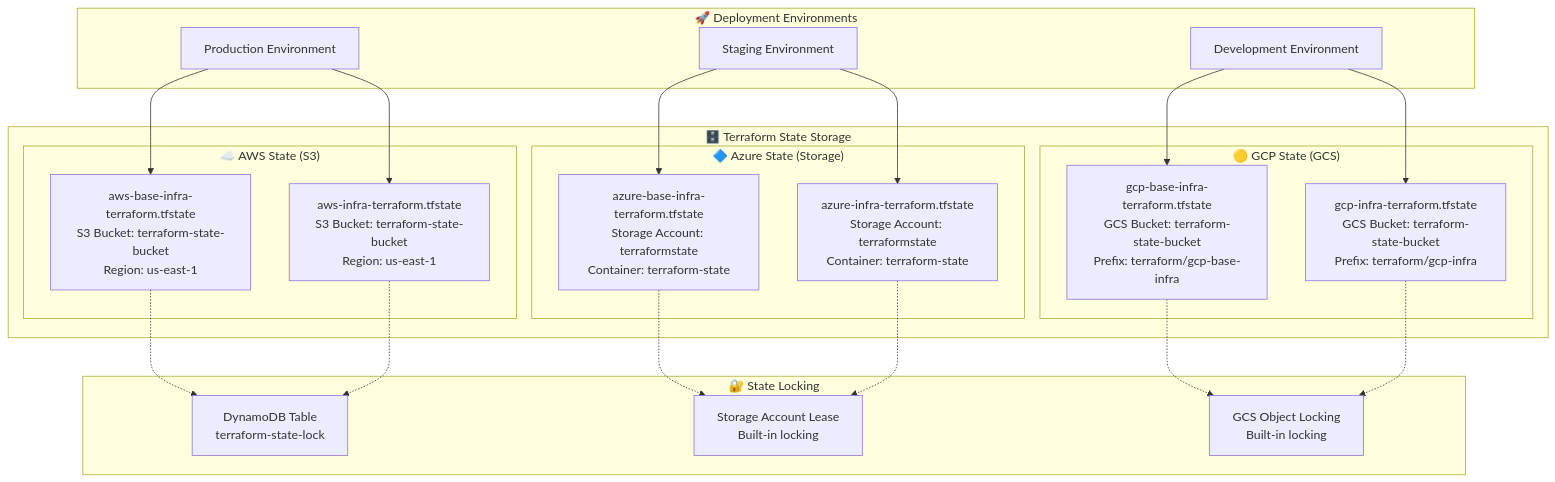
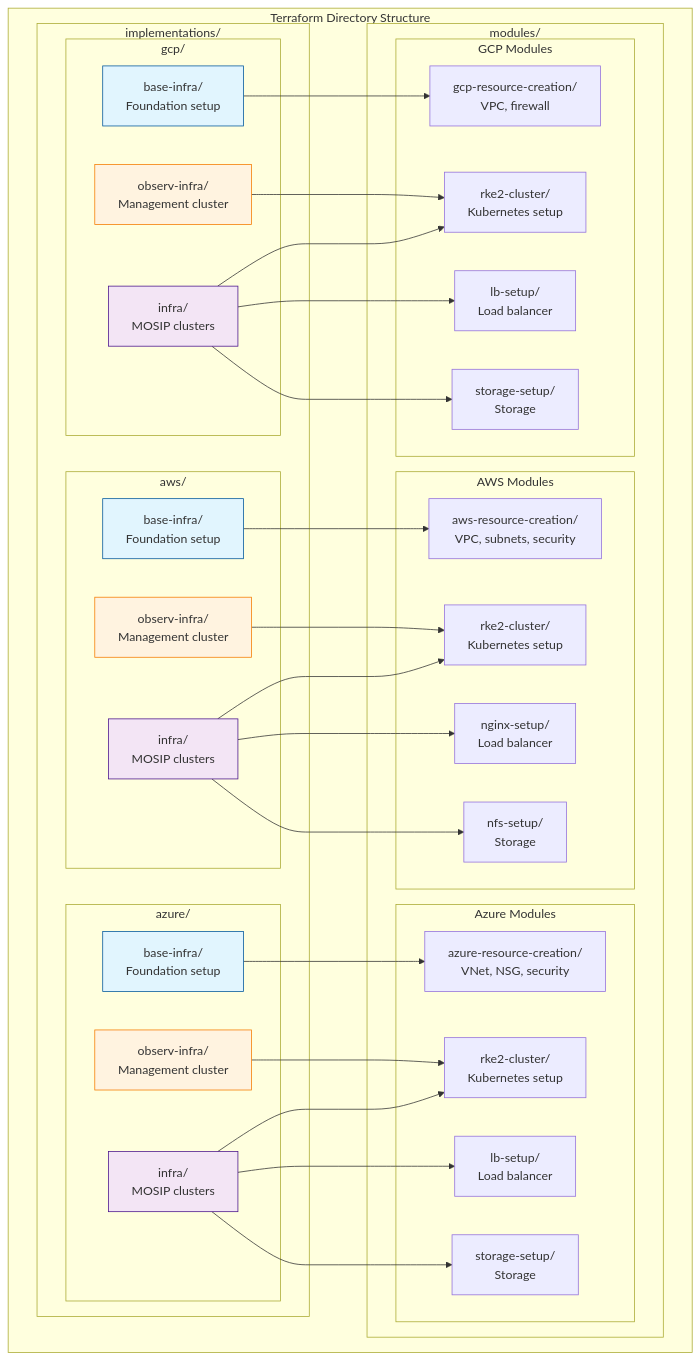
The third of 3 diagrams in docs/_images/ARCHITECTURE_DIAGRAMS.md (mosip/infra), drawn with Mermaid before and after one commit. The commit also changed other lines of this file and 9 other files, not shown here.

````diff
--- a/docs/_images/ARCHITECTURE_DIAGRAMS.md
+++ b/docs/_images/ARCHITECTURE_DIAGRAMS.md
@@ -137,45 +162,71 @@
 ```mermaid
 graph TB
-    subgraph "🗄️ Terraform State Storage"
-        subgraph "☁️ AWS State (S3)"
-            AWS_BASE_S3[aws-base-infra-terraform.tfstate<br/>S3 Bucket: terraform-state-bucket<br/>Region: us-east-1]
-            AWS_INFRA_S3[aws-infra-terraform.tfstate<br/>S3 Bucket: terraform-state-bucket<br/>Region: us-east-1]
+    subgraph "Terraform Directory Structure"
+        subgraph "implementations/"
+            subgraph "aws/"
+                AWS_BASE[base-infra/<br/>Foundation setup]
+                AWS_OBS[observ-infra/<br/>Management cluster]
+                AWS_INF[infra/<br/>MOSIP clusters]
+            end
+            subgraph "azure/"
+                AZ_BASE[base-infra/<br/>Foundation setup]
+                AZ_OBS[observ-infra/<br/>Management cluster]
+                AZ_INF[infra/<br/>MOSIP clusters]
+            end
+            subgraph "gcp/"
+                GCP_BASE[base-infra/<br/>Foundation setup]
+                GCP_OBS[observ-infra/<br/>Management cluster]
+                GCP_INF[infra/<br/>MOSIP clusters]
+            end
         end
         
-        subgraph "🔷 Azure State (Storage)"
-            AZ_BASE_BLOB[azure-base-infra-terraform.tfstate<br/>Storage Account: terraformstate<br/>Container: terraform-state]
-            AZ_INFRA_BLOB[azure-infra-terraform.tfstate<br/>Storage Account: terraformstate<br/>Container: terraform-state]
-        end
-        
-        subgraph "🟡 GCP State (GCS)"
-            GCP_BASE_GCS[gcp-base-infra-terraform.tfstate<br/>GCS Bucket: terraform-state-bucket<br/>Prefix: terraform/gcp-base-infra]
-            GCP_INFRA_GCS[gcp-infra-terraform.tfstate<br/>GCS Bucket: terraform-state-bucket<br/>Prefix: terraform/gcp-infra]
+        subgraph "modules/"
+            subgraph "AWS Modules"
+                AWS_VPC[aws-resource-creation/<br/>VPC, subnets, security]
+                AWS_RKE[rke2-cluster/<br/>Kubernetes setup]
+                AWS_NGINX[nginx-setup/<br/>Load balancer]
+                AWS_NFS[nfs-setup/<br/>Storage]
+            end
+            subgraph "Azure Modules"
+                AZ_VNET[azure-resource-creation/<br/>VNet, NSG, security]
+                AZ_RKE[rke2-cluster/<br/>Kubernetes setup]
+                AZ_LB[lb-setup/<br/>Load balancer]
+                AZ_STOR[storage-setup/<br/>Storage]
+            end
+            subgraph "GCP Modules"
+                GCP_VPC_MOD[gcp-resource-creation/<br/>VPC, firewall]
+                GCP_RKE[rke2-cluster/<br/>Kubernetes setup]
+                GCP_LB[lb-setup/<br/>Load balancer]
+                GCP_STOR[storage-setup/<br/>Storage]
+            end
         end
     end
     
-    subgraph "🔐 State Locking"
-        AWS_LOCK[DynamoDB Table<br/>terraform-state-lock]
-        AZ_LOCK[Storage Account Lease<br/>Built-in locking]
-        GCP_LOCK[GCS Object Locking<br/>Built-in locking]
-    end
+    AWS_BASE --> AWS_VPC
+    AWS_OBS --> AWS_RKE
+    AWS_INF --> AWS_RKE
+    AWS_INF --> AWS_NGINX
+    AWS_INF --> AWS_NFS
     
-    subgraph "🚀 Deployment Environments"
-        PROD[Production Environment]
-        STAGING[Staging Environment]
-        DEV[Development Environment]
-    end
+    AZ_BASE --> AZ_VNET
+    AZ_OBS --> AZ_RKE
+    AZ_INF --> AZ_RKE
+    AZ_INF --> AZ_LB
+    AZ_INF --> AZ_STOR
     
-    AWS_BASE_S3 -.-> AWS_LOCK
-    AWS_INFRA_S3 -.-> AWS_LOCK
-    AZ_BASE_BLOB -.-> AZ_LOCK
-    AZ_INFRA_BLOB -.-> AZ_LOCK
-    GCP_BASE_GCS -.-> GCP_LOCK
-    GCP_INFRA_GCS -.-> GCP_LOCK
+    GCP_BASE --> GCP_VPC_MOD
+    GCP_OBS --> GCP_RKE
+    GCP_INF --> GCP_RKE
+    GCP_INF --> GCP_LB
+    GCP_INF --> GCP_STOR
     
-    PROD --> AWS_BASE_S3
-    PROD --> AWS_INFRA_S3
-    STAGING --> AZ_BASE_BLOB
-    STAGING --> AZ_INFRA_BLOB
-    DEV --> GCP_BASE_GCS
-    DEV --> GCP_INFRA_GCS
+    style AWS_BASE fill:#e1f5fe,stroke:#01579b
+    style AWS_OBS fill:#fff3e0,stroke:#f57c00
+    style AWS_INF fill:#f3e5f5,stroke:#4a148c
+    style AZ_BASE fill:#e1f5fe,stroke:#01579b
+    style AZ_OBS fill:#fff3e0,stroke:#f57c00
+    style AZ_INF fill:#f3e5f5,stroke:#4a148c
+    style GCP_BASE fill:#e1f5fe,stroke:#01579b
+    style GCP_OBS fill:#fff3e0,stroke:#f57c00
+    style GCP_INF fill:#f3e5f5,stroke:#4a148c
 ```
````
